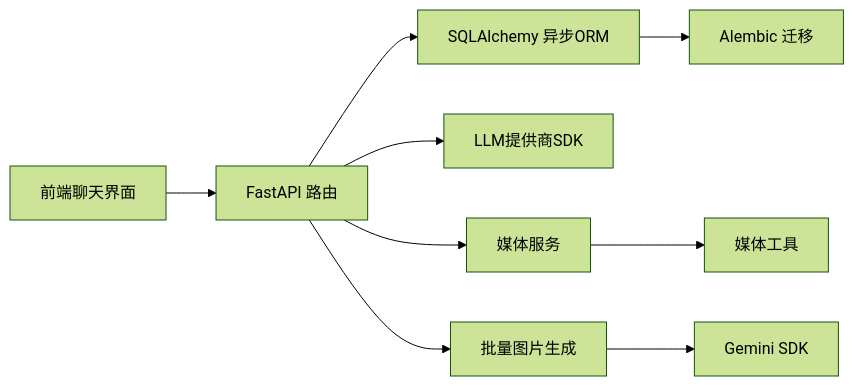
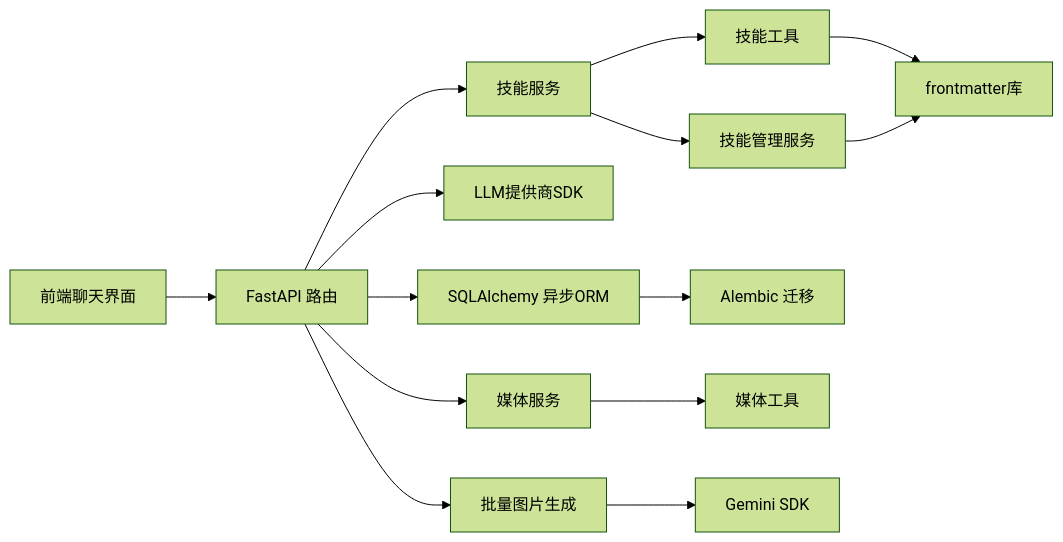
One commit to KunLabAI/KunFlix changed the tenth of 10 diagrams in .qoder/repowiki/zh/content/后端开发指南/API路由系统/聊天交互API.md. Above: the diagram before and after it, drawn with Mermaid (forest theme). The commit also changed other lines of this file and 11 other files, not shown here.

````diff
--- a/.qoder/repowiki/zh/content/后端开发指南/API路由系统/聊天交互API.md
+++ b/.qoder/repowiki/zh/content/后端开发指南/API路由系统/聊天交互API.md
@@ -385,11 +508,16 @@
 ```mermaid
 graph LR
 FE["前端聊天界面"] --> API["FastAPI 路由"]
 API --> DB["SQLAlchemy 异步ORM"]
 API --> LLM["LLM提供商SDK"]
 API --> Media["媒体服务"]
 API --> BatchGen["批量图片生成"]
+API --> Skills["技能服务"]
+Skills --> SkillTools["技能工具"]
+Skills --> SkillManager["技能管理服务"]
 DB --> MIG["Alembic 迁移"]
 Media --> Utils["媒体工具"]
 BatchGen --> Gemini["Gemini SDK"]
+SkillTools --> Frontmatter["frontmatter库"]
+SkillManager --> Frontmatter
 ```
````
